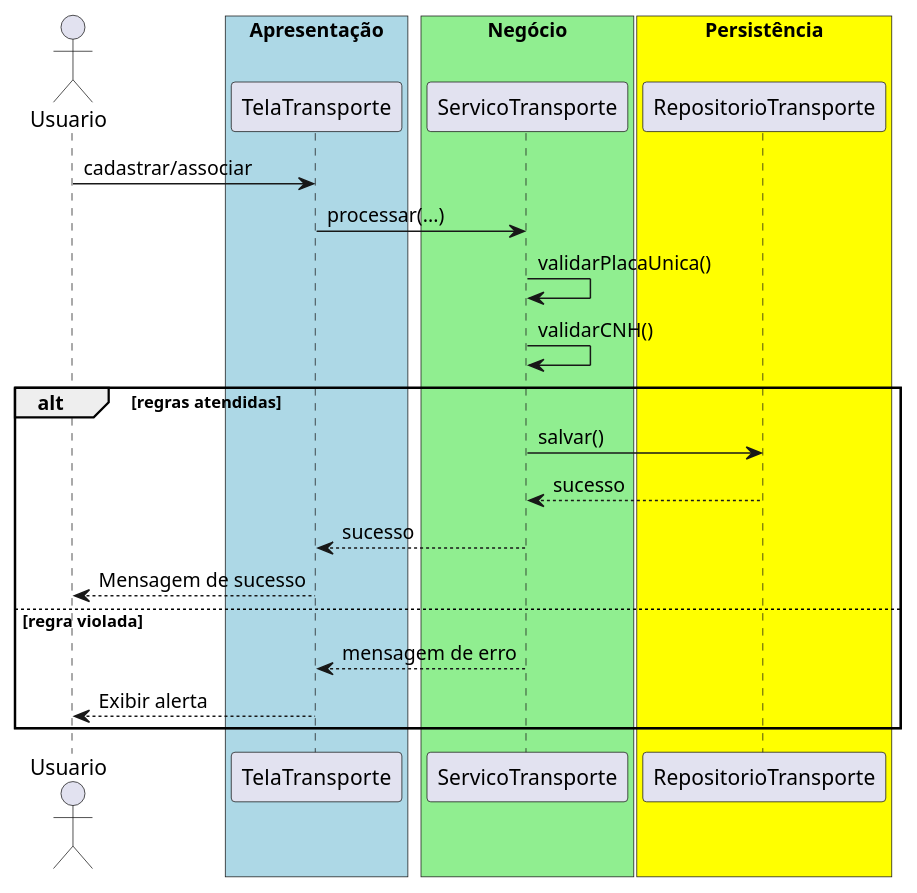
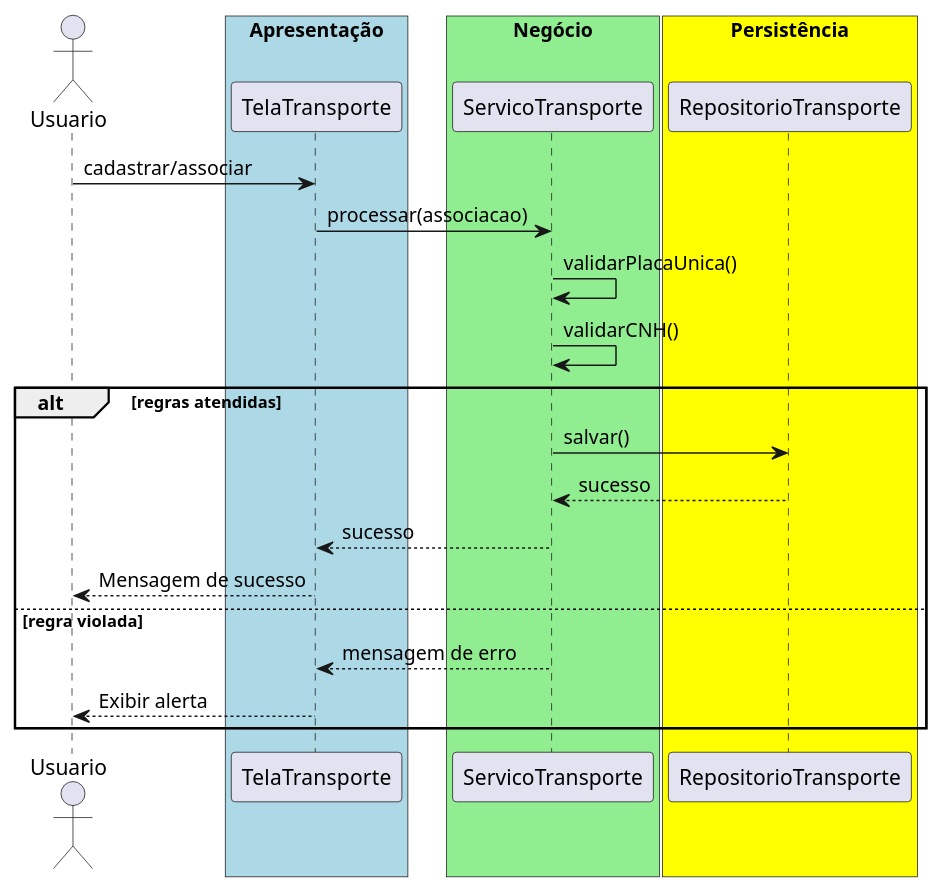
One commit to 20261-ifba-saj-ads-poo/blog changed the diagram in src/trabalhos/Trabalho11.md. Above: the diagram before and after it, drawn with PlantUML. The commit also changed other lines of this file and 35 other files, not shown here.

````diff
--- a/src/trabalhos/Trabalho11.md
+++ b/src/trabalhos/Trabalho11.md
@@ -28,27 +28,27 @@
 ```plantuml{kroki=true}
 @startuml
 actor Usuario
 box "Apresentação" #lightblue
     participant TelaTransporte
 end box
 box "Negócio" #lightgreen
     participant ServicoTransporte
 end box
 box "Persistência" #yellow
     participant RepositorioTransporte
 end box
 Usuario -> TelaTransporte : cadastrar/associar
-TelaTransporte -> ServicoTransporte : processar(...)
+TelaTransporte -> ServicoTransporte : processar(associacao)
 ServicoTransporte -> ServicoTransporte : validarPlacaUnica()
 ServicoTransporte -> ServicoTransporte : validarCNH()
 alt regras atendidas
     ServicoTransporte -> RepositorioTransporte : salvar()
     RepositorioTransporte --> ServicoTransporte : sucesso
     ServicoTransporte --> TelaTransporte : sucesso
     TelaTransporte --> Usuario : Mensagem de sucesso
 else regra violada
     ServicoTransporte --> TelaTransporte : mensagem de erro
     TelaTransporte --> Usuario : Exibir alerta
 end
 @enduml
 ```
````
